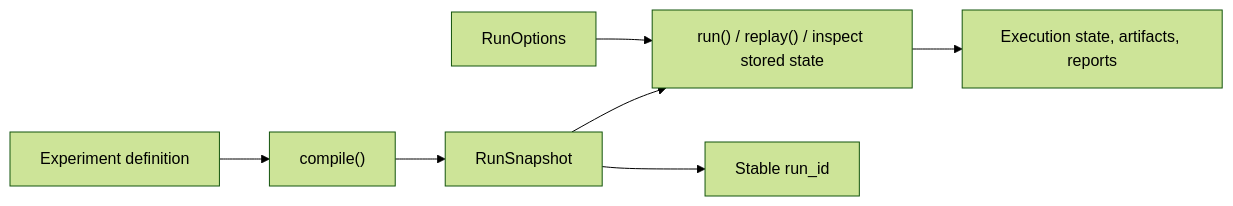
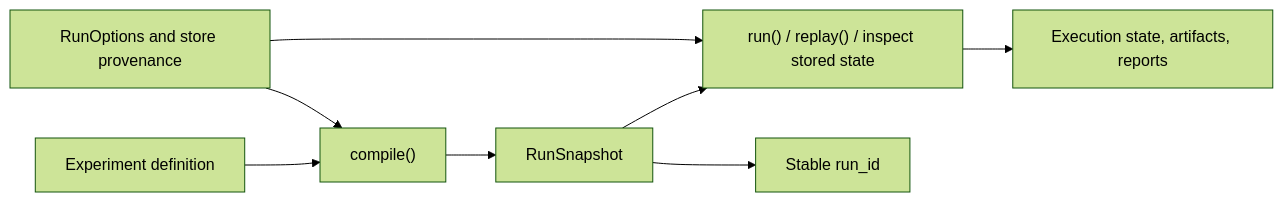
Before and after one commit to Pittawat2542/themis: the diagram in docs/explanation/compile-vs-run.md, drawn with Mermaid (forest theme). The commit also changed other lines of this file and 55 other files, not shown here.

````diff
--- a/docs/explanation/compile-vs-run.md
+++ b/docs/explanation/compile-vs-run.md
@@ -20,9 +21,10 @@
 ```mermaid
 flowchart LR
     A["Experiment definition"] --> B["compile()"]
+    E["RunOptions and store provenance"] --> B
     B --> C["RunSnapshot"]
     C --> D["run() / replay() / inspect stored state"]
-    E["RunOptions"] --> D
+    E --> D
     C --> F["Stable run_id"]
     D --> G["Execution state, artifacts, reports"]
 ```
````
